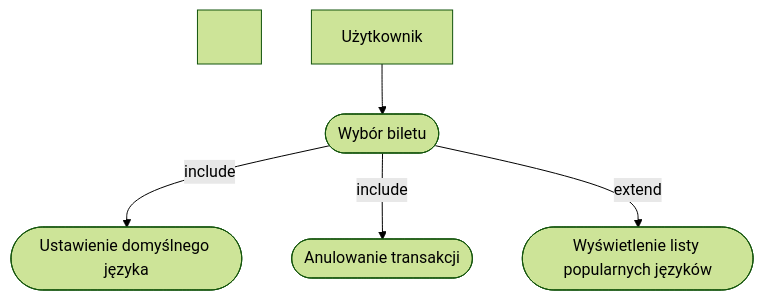
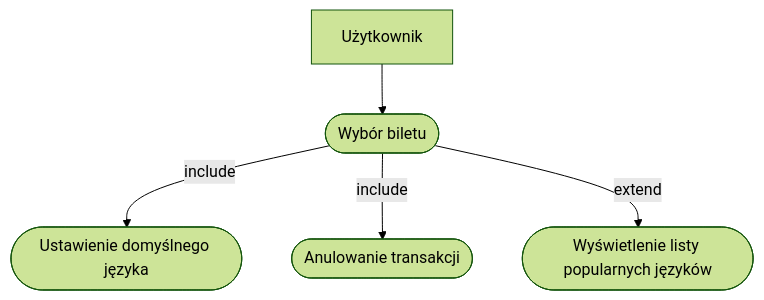
One commit to rufiix/laby_4 changed the first of 2 diagrams in uzytkownik.md. Above: the diagram before and after it, drawn with Mermaid (forest theme). The commit also changed other lines of this file, not shown here.

Commit message:
poprawa pliku z diagramami uzytkownika

````diff
--- a/uzytkownik.md
+++ b/uzytkownik.md
@@ -5,19 +5,7 @@
-```MERMAID
-
-
-
+```mermaid
 flowchart TB
-
-&nbsp;   n1["Użytkownik"] --> n2(["Wybór biletu"])
-
-&nbsp;   n2 -- include --> n3(["Ustawienie domyślnego języka"]) & n4(["Anulowanie transakcji"])
-
-&nbsp;   n2 --extend--> n5(["Wyświetlenie listy popularnych języków"])
-
-
-
-&nbsp;   n1@{ shape: rect}
-
-
-
+   n1["Użytkownik"] --> n2(["Wybór biletu"])
+   n2 -- include --> n3(["Ustawienie domyślnego języka"]) & n4(["Anulowanie transakcji"])
+   n2 --extend--> n5(["Wyświetlenie listy popularnych języków"])
+   n1@{ shape: rect}
 ```
````
